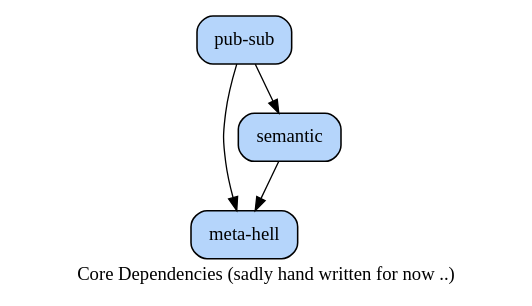
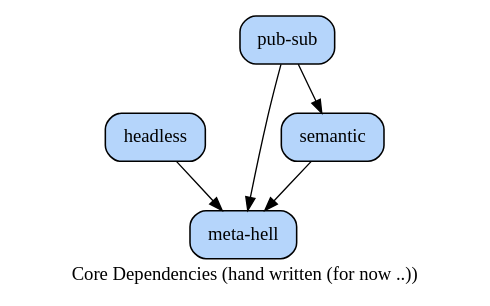
Before and after one commit to hipe/tmx: the diagram in doc/core-dep.dot, drawn with Graphviz. The commit also changed 17 other files, not shown here.

```diff
--- a/doc/core-dep.dot
+++ b/doc/core-dep.dot
@@ -1,29 +1,31 @@
 # created by tan-man on 2013-02-07 02:15:19 UTC
 
 digraph {
 
 /*
   example stmt_list:
     foo -> bar
     biff -> baz
 
   example node_stmt:
     learn_c [label="learn C somehow"]
 */
 
 
 #                 blue : fillcolor="#b5d5fb"
 #                green : fillcolor="#79f233"
 
 node [label="\N", style="filled", fillcolor="#b5d5fb", fontname="Futura", penwidth="1.1566", shape="Mrecord"]
 
-label="Core Dependencies (sadly hand written for now ..)"
+label="Core Dependencies (hand written (for now ..))"
 
 
+headless [label=headless]
 meta [label="meta-hell"]
 pub [label="pub-sub"]
 semantic [label=semantic]
+headless -> meta
 pub -> meta
 pub -> semantic
 semantic -> meta
 }
```
